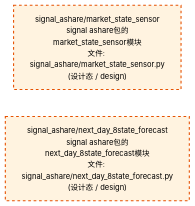
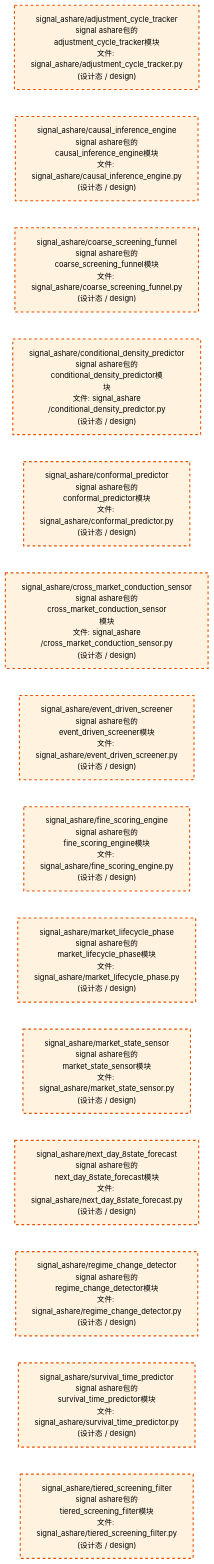
Before and after one commit to xuanFelixVan/ZephyrAlpha: the third of 4 diagrams in docs/02_enterprise_architecture/02_domain_architecture_docs/32_d_ashare_signal.md, drawn with Mermaid. The commit also changed other lines of this file and 45 other files, not shown here.

````diff
--- a/docs/02_enterprise_architecture/02_domain_architecture_docs/32_d_ashare_signal.md
+++ b/docs/02_enterprise_architecture/02_domain_architecture_docs/32_d_ashare_signal.md
@@ -165,12 +187,36 @@
 ```mermaid
 %%{init: {'theme': 'base', 'themeVariables': {'primaryColor': '#eaeaea', 'primaryTextColor': '#333333', 'primaryBorderColor': '#666666', 'lineColor': '#666666', 'secondaryColor': '#eaeaea', 'tertiaryColor': '#eaeaea', 'fontSize': '14px'}}}%%
 flowchart TD
+    src_zephyr_signal_ashare_adjustment_cycle_tracker_py["signal_ashare/adjustment_cycle_tracker<br/>signal ashare包的adjustment_cycle_tracker模块<br/>文件: signal_ashare/adjustment_cycle_tracker.py<br/>(设计态 / design)"]
+    src_zephyr_signal_ashare_causal_inference_engine_py["signal_ashare/causal_inference_engine<br/>signal ashare包的causal_inference_engine模块<br/>文件: signal_ashare/causal_inference_engine.py<br/>(设计态 / design)"]
+    src_zephyr_signal_ashare_coarse_screening_funnel_py["signal_ashare/coarse_screening_funnel<br/>signal ashare包的coarse_screening_funnel模块<br/>文件: signal_ashare/coarse_screening_funnel.py<br/>(设计态 / design)"]
+    src_zephyr_signal_ashare_conditional_density_predictor_py["signal_ashare/conditional_density_predictor<br/>signal ashare包的conditional_density_predictor模<br/>块<br/>文件: signal_ashare<br/>/conditional_density_predictor.py<br/>(设计态 / design)"]
+    src_zephyr_signal_ashare_conformal_predictor_py["signal_ashare/conformal_predictor<br/>signal ashare包的conformal_predictor模块<br/>文件: signal_ashare/conformal_predictor.py<br/>(设计态 / design)"]
+    src_zephyr_signal_ashare_cross_market_conduction_sensor_py["signal_ashare/cross_market_conduction_sensor<br/>signal ashare包的cross_market_conduction_sensor<br/>模块<br/>文件: signal_ashare<br/>/cross_market_conduction_sensor.py<br/>(设计态 / design)"]
+    src_zephyr_signal_ashare_event_driven_screener_py["signal_ashare/event_driven_screener<br/>signal ashare包的event_driven_screener模块<br/>文件: signal_ashare/event_driven_screener.py<br/>(设计态 / design)"]
+    src_zephyr_signal_ashare_fine_scoring_engine_py["signal_ashare/fine_scoring_engine<br/>signal ashare包的fine_scoring_engine模块<br/>文件: signal_ashare/fine_scoring_engine.py<br/>(设计态 / design)"]
+    src_zephyr_signal_ashare_market_lifecycle_phase_py["signal_ashare/market_lifecycle_phase<br/>signal ashare包的market_lifecycle_phase模块<br/>文件: signal_ashare/market_lifecycle_phase.py<br/>(设计态 / design)"]
     src_zephyr_signal_ashare_market_state_sensor_py["signal_ashare/market_state_sensor<br/>signal ashare包的market_state_sensor模块<br/>文件: signal_ashare/market_state_sensor.py<br/>(设计态 / design)"]
     src_zephyr_signal_ashare_next_day_8state_forecast_py["signal_ashare/next_day_8state_forecast<br/>signal ashare包的next_day_8state_forecast模块<br/>文件: signal_ashare/next_day_8state_forecast.py<br/>(设计态 / design)"]
+    src_zephyr_signal_ashare_regime_change_detector_py["signal_ashare/regime_change_detector<br/>signal ashare包的regime_change_detector模块<br/>文件: signal_ashare/regime_change_detector.py<br/>(设计态 / design)"]
+    src_zephyr_signal_ashare_survival_time_predictor_py["signal_ashare/survival_time_predictor<br/>signal ashare包的survival_time_predictor模块<br/>文件: signal_ashare/survival_time_predictor.py<br/>(设计态 / design)"]
+    src_zephyr_signal_ashare_tiered_screening_filter_py["signal_ashare/tiered_screening_filter<br/>signal ashare包的tiered_screening_filter模块<br/>文件: signal_ashare/tiered_screening_filter.py<br/>(设计态 / design)"]
+    src_zephyr_signal_ashare_adjustment_cycle_tracker_py ~~~ src_zephyr_signal_ashare_causal_inference_engine_py
+    src_zephyr_signal_ashare_causal_inference_engine_py ~~~ src_zephyr_signal_ashare_coarse_screening_funnel_py
+    src_zephyr_signal_ashare_coarse_screening_funnel_py ~~~ src_zephyr_signal_ashare_conditional_density_predictor_py
+    src_zephyr_signal_ashare_conditional_density_predictor_py ~~~ src_zephyr_signal_ashare_conformal_predictor_py
+    src_zephyr_signal_ashare_conformal_predictor_py ~~~ src_zephyr_signal_ashare_cross_market_conduction_sensor_py
+    src_zephyr_signal_ashare_cross_market_conduction_sensor_py ~~~ src_zephyr_signal_ashare_event_driven_screener_py
+    src_zephyr_signal_ashare_event_driven_screener_py ~~~ src_zephyr_signal_ashare_fine_scoring_engine_py
+    src_zephyr_signal_ashare_fine_scoring_engine_py ~~~ src_zephyr_signal_ashare_market_lifecycle_phase_py
+    src_zephyr_signal_ashare_market_lifecycle_phase_py ~~~ src_zephyr_signal_ashare_market_state_sensor_py
     src_zephyr_signal_ashare_market_state_sensor_py ~~~ src_zephyr_signal_ashare_next_day_8state_forecast_py
+    src_zephyr_signal_ashare_next_day_8state_forecast_py ~~~ src_zephyr_signal_ashare_regime_change_detector_py
+    src_zephyr_signal_ashare_regime_change_detector_py ~~~ src_zephyr_signal_ashare_survival_time_predictor_py
+    src_zephyr_signal_ashare_survival_time_predictor_py ~~~ src_zephyr_signal_ashare_tiered_screening_filter_py
     classDef production fill:#e1f5fe,stroke:#01579b,stroke-width:2px,color:#000
     classDef design fill:#fff3e0,stroke:#e65100,stroke-width:2px,color:#000,stroke-dasharray: 5 5
     classDef external_prod fill:#e8f4fd,stroke:#0277bd,stroke-width:1px,color:#000
     classDef external_design fill:#fff8e7,stroke:#ef6c00,stroke-width:1px,color:#000,stroke-dasharray: 5 5
-    class src_zephyr_signal_ashare_market_state_sensor_py,src_zephyr_signal_ashare_next_day_8state_forecast_py design
+    class src_zephyr_signal_ashare_adjustment_cycle_tracker_py,src_zephyr_signal_ashare_causal_inference_engine_py,src_zephyr_signal_ashare_coarse_screening_funnel_py,src_zephyr_signal_ashare_conditional_density_predictor_py,src_zephyr_signal_ashare_conformal_predictor_py,src_zephyr_signal_ashare_cross_market_conduction_sensor_py,src_zephyr_signal_ashare_event_driven_screener_py,src_zephyr_signal_ashare_fine_scoring_engine_py,src_zephyr_signal_ashare_market_lifecycle_phase_py,src_zephyr_signal_ashare_market_state_sensor_py,src_zephyr_signal_ashare_next_day_8state_forecast_py,src_zephyr_signal_ashare_regime_change_detector_py,src_zephyr_signal_ashare_survival_time_predictor_py,src_zephyr_signal_ashare_tiered_screening_filter_py design
 ```
````
